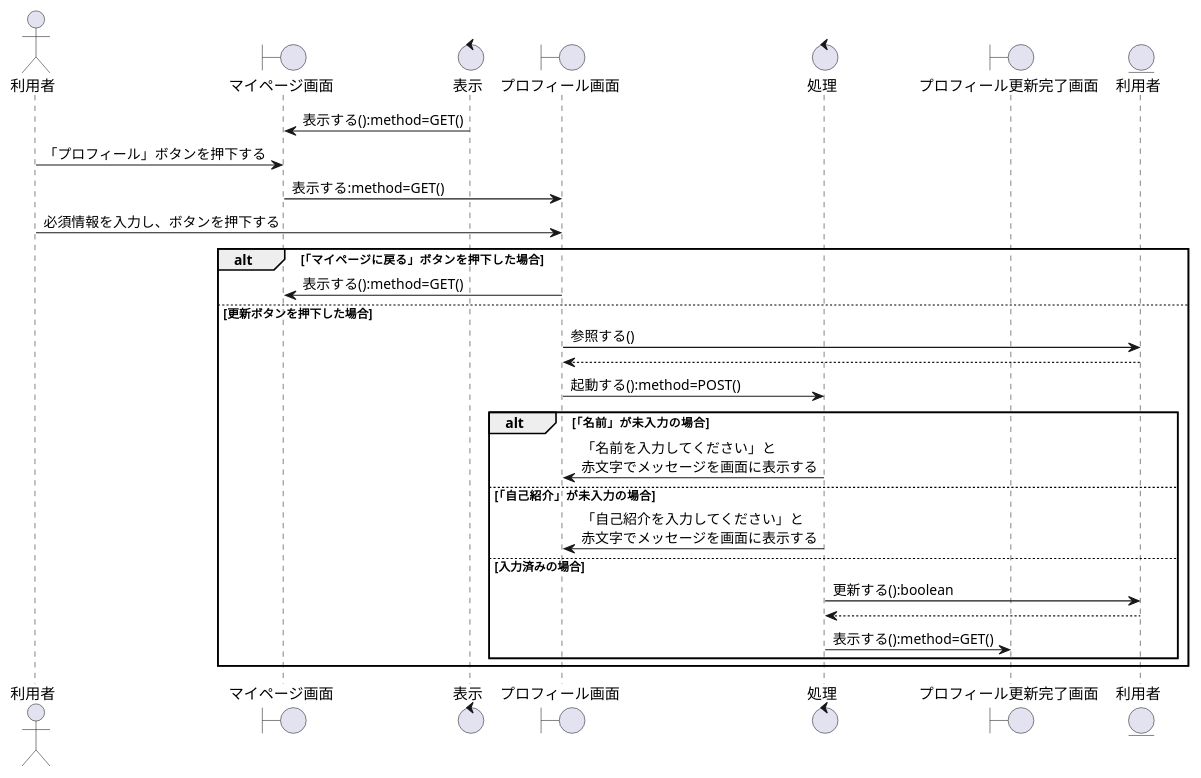
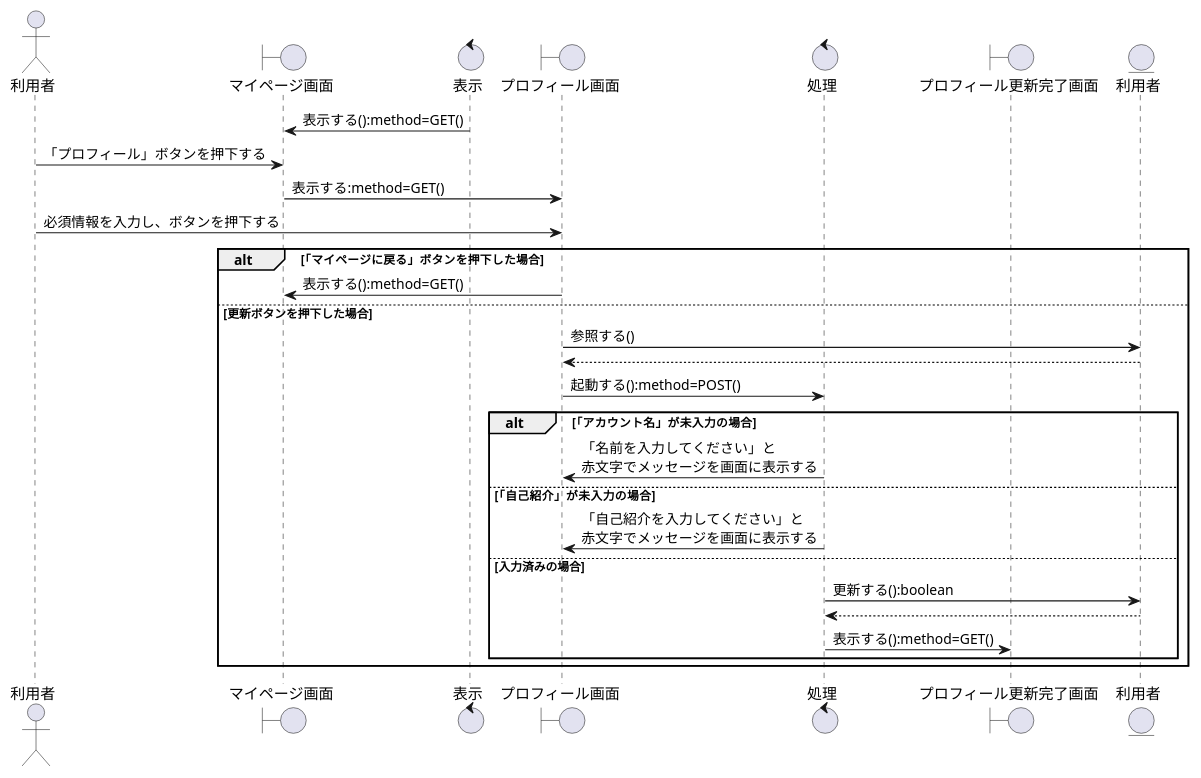
Before and after one commit to K-Rinrin/GroupE: the diagram in お城/お城/設計書/シーケンス図/利用者/マイページ機能/シーケンス図_利用者がプロフィールを更新する.pu, drawn with PlantUML. The commit also changed 1 other file, not shown here.

```diff
--- a/お城/お城/設計書/シーケンス図/利用者/マイページ機能/シーケンス図_利用者がプロフィールを更新する.pu
+++ b/お城/お城/設計書/シーケンス図/利用者/マイページ機能/シーケンス図_利用者がプロフィールを更新する.pu
@@ -1,49 +1,49 @@
 @startuml 利用者がプロフィールを更新する
 
 
 ' ========================================
 ' 登場モノの定義
 ' ========================================
 actor "利用者" as User
 boundary "マイページ画面" as b1
 control "表示" as c1
 boundary "プロフィール画面" as b2
 control "処理" as c2
 boundary "プロフィール更新完了画面" as b3
 entity "利用者" as e1
 ' ========================================
 ' シーケンスの流れ
 ' ========================================
 c1 -> b1   : 表示する():method=GET()
 User -> b1 : 「プロフィール」ボタンを押下する
 b1 -> b2   : 表示する:method=GET()
 
 User -> b2 : 必須情報を入力し、ボタンを押下する
 
 alt 「マイページに戻る」ボタンを押下した場合
     b2 -> b1 : 表示する():method=GET()
 
 else 更新ボタンを押下した場合
     b2 ->  e1 : 参照する()
     b2 <-- e1
     b2 -> c2   : 起動する():method=POST()
         
 
-    alt 「名前」が未入力の場合
+    alt 「アカウント名」が未入力の場合
         c2 -> b2 : 「名前を入力してください」と\n赤文字でメッセージを画面に表示する
 
     else 「自己紹介」が未入力の場合
         c2 -> b2 : 「自己紹介を入力してください」と\n赤文字でメッセージを画面に表示する
 
 
     else 入力済みの場合
         c2 ->  e1 : 更新する():boolean
         c2 <-- e1
         c2 ->  b3 : 表示する():method=GET()
     end
 
 end
 
 
 
 @enduml
```
